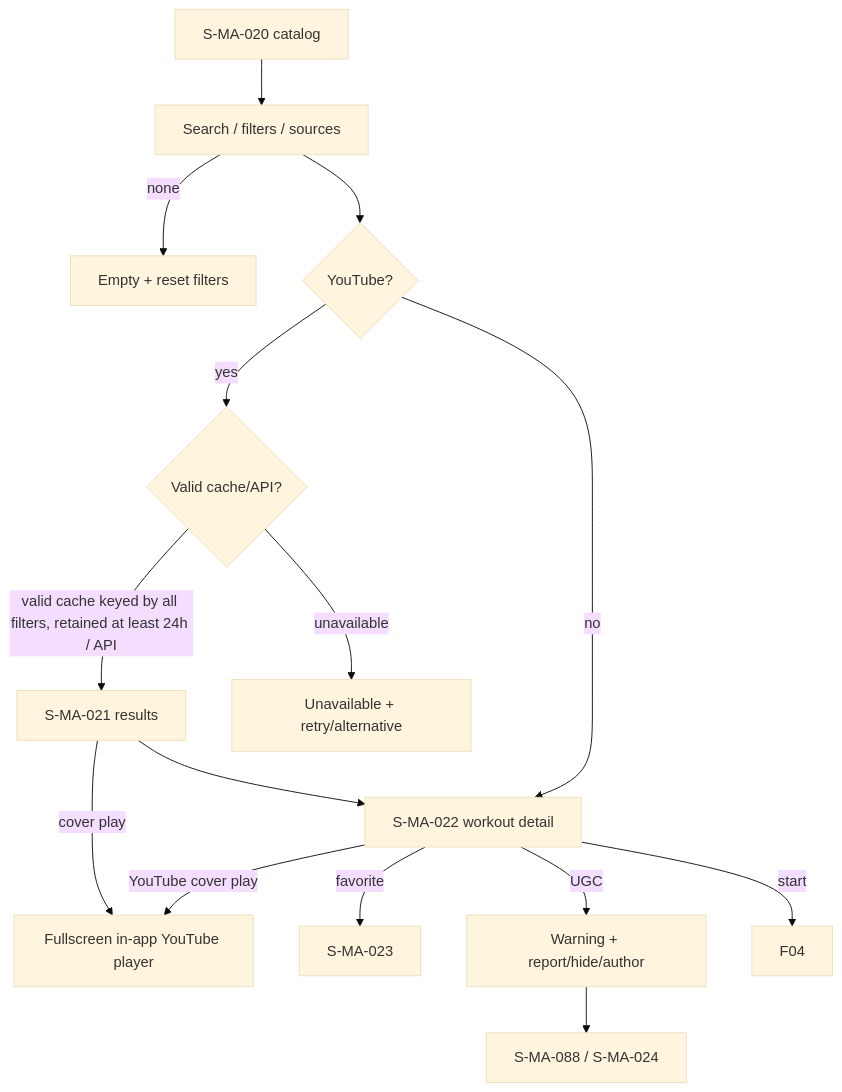
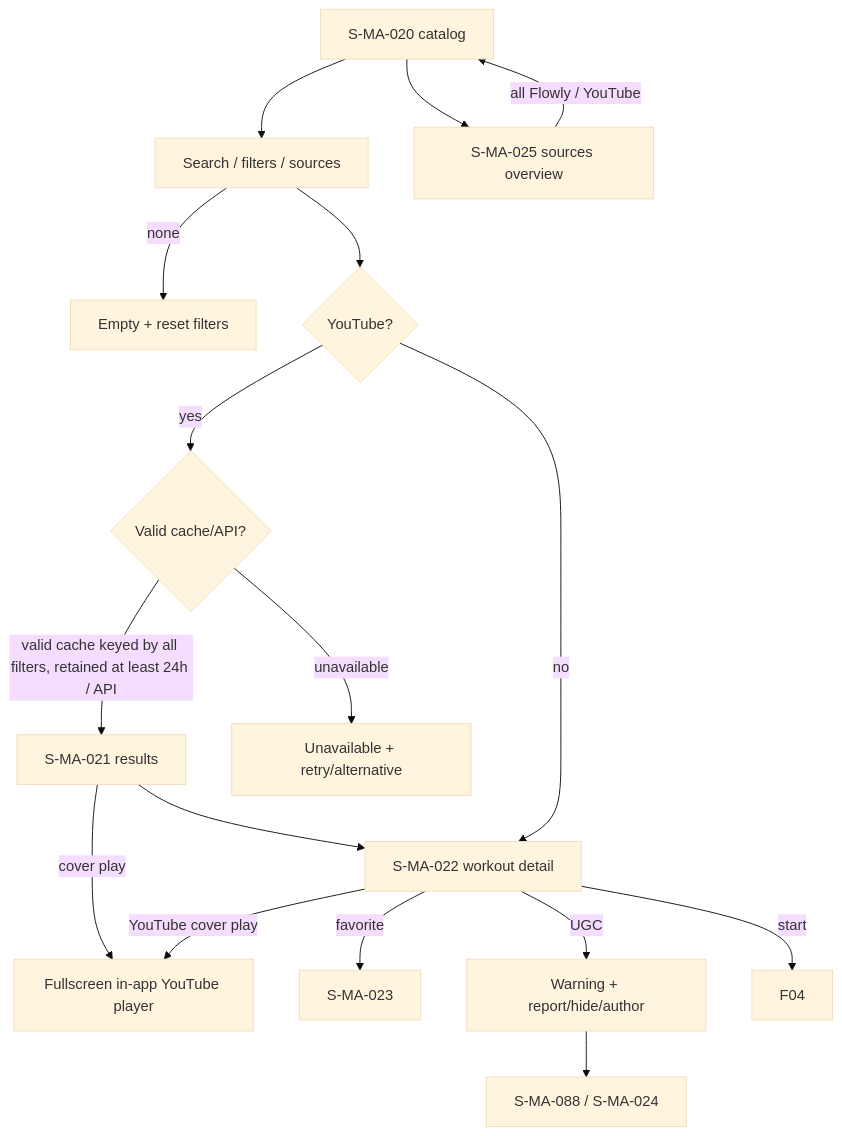
One commit to ozcnii/flowly changed the diagram in docs/design/flows/diagrams/03-yoga-discovery.md. Above: the diagram before and after it, drawn with Mermaid (base theme). The commit also changed other lines of this file and 25 other files, not shown here.

Commit message:
feat(web): add sources overview and fix player safe area

````diff
--- a/docs/design/flows/diagrams/03-yoga-discovery.md
+++ b/docs/design/flows/diagrams/03-yoga-discovery.md
@@ -7,17 +7,19 @@
 ```mermaid
 flowchart TD
   A[S-MA-020 catalog] --> F[Search / filters / sources]
+  A --> O[S-MA-025 sources overview]
+  O -->|all Flowly / YouTube| A
   F -->|none| E[Empty + reset filters]
   F --> Y{YouTube?}
   Y -- yes --> C{Valid cache/API?}
   C -- valid cache keyed by all filters, retained at least 24h / API --> R[S-MA-021 results]
   C -- unavailable --> U[Unavailable + retry/alternative]
   Y -- no --> D[S-MA-022 workout detail]
   R -->|cover play| P[Fullscreen in-app YouTube player]
   R --> D
   D -->|YouTube cover play| P
   D -->|favorite| Q[S-MA-023]
   D -->|UGC| G[Warning + report/hide/author]
   G --> X[S-MA-088 / S-MA-024]
   D -->|start| W[F04]
 ```
````
